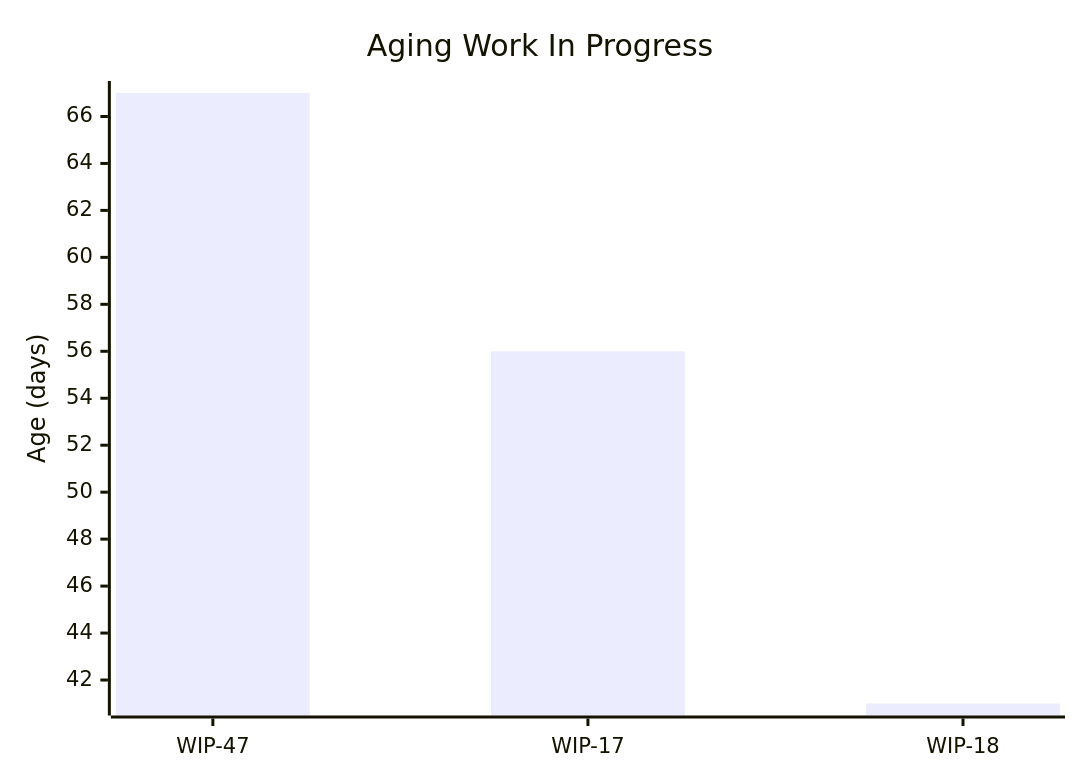
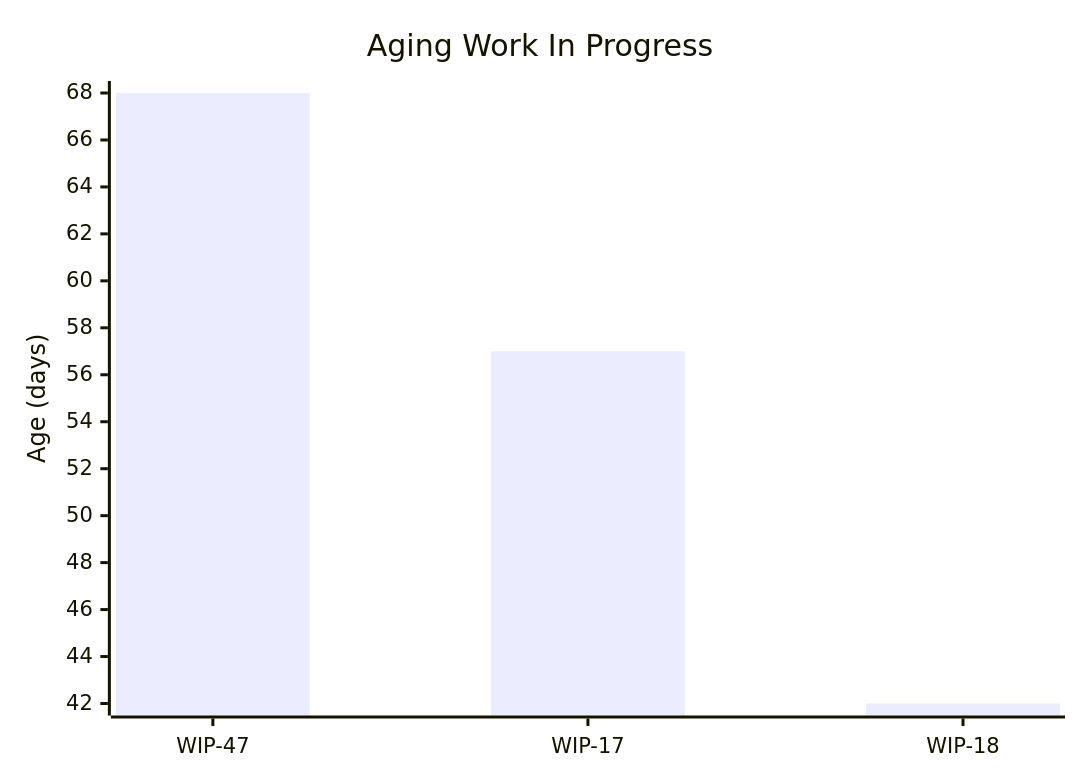
Before and after one commit to cbroult/predictability-engine: the first of 5 diagrams in data/samples/reports/sample_data_large/priorities/Lowest.md, drawn with Mermaid. The commit also changed other lines of this file and 74 other files, not shown here.

````diff
--- a/data/samples/reports/sample_data_large/priorities/Lowest.md
+++ b/data/samples/reports/sample_data_large/priorities/Lowest.md
@@ -29,7 +29,7 @@
 ```mermaid
 xychart-beta
     title "Aging Work In Progress"
     x-axis ["WIP-47", "WIP-17", "WIP-18"]
     y-axis "Age (days)"
-    bar "Age" [67, 56, 41]
+    bar "Age" [68, 57, 42]
 ```
````
